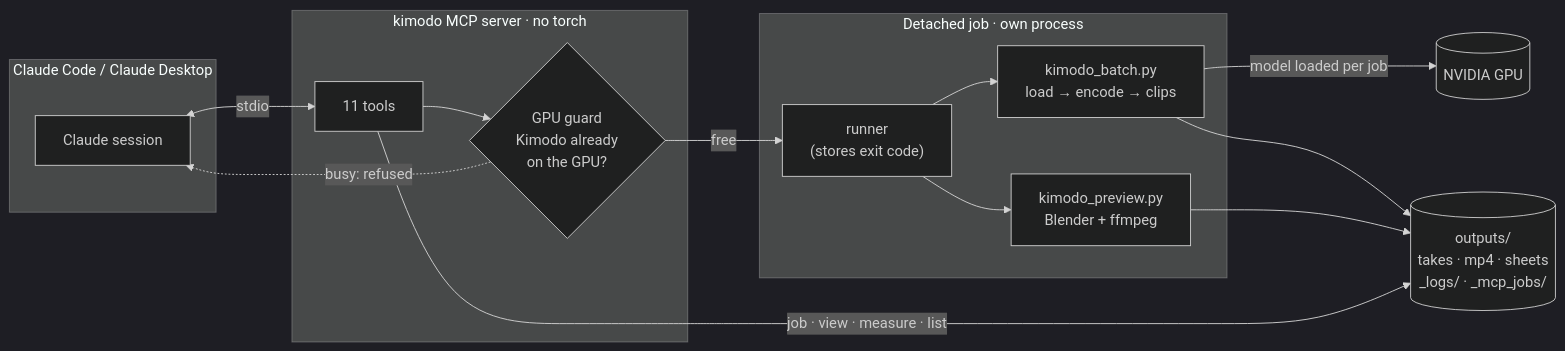
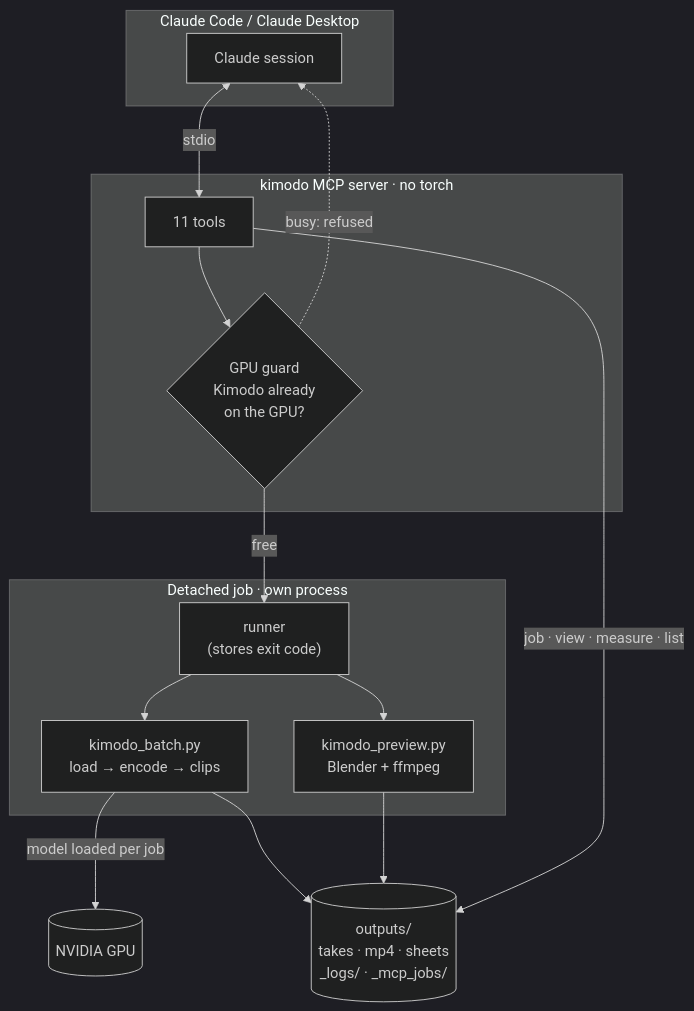
The first of 3 diagrams in README.md (alivnal/kimodo-mcp), drawn with Mermaid (dark theme) before and after one commit.

Commit message:
README: architecture diagram top to bottom, readable at README width

````diff
--- a/README.md
+++ b/README.md
@@ -57,27 +57,27 @@
 ```mermaid
-flowchart LR
+flowchart TB
     subgraph host["Claude Code / Claude Desktop"]
         A["Claude session"]
     end
     subgraph server["kimodo MCP server · no torch"]
         T["11 tools"]
         G{"GPU guard<br/>Kimodo already<br/>on the GPU?"}
     end
     subgraph jobs["Detached job · own process"]
         R["runner<br/>(stores exit code)"]
         B["kimodo_batch.py<br/>load → encode → clips"]
         P["kimodo_preview.py<br/>Blender + ffmpeg"]
     end
     GPU[("NVIDIA GPU")]
     FS[("outputs/<br/>takes · mp4 · sheets<br/>_logs/ · _mcp_jobs/")]
 
     A <-->|stdio| T
     T --> G
     G -->|"free"| R
     G -.->|"busy: refused"| A
     R --> B & P
     B -->|"model loaded per job"| GPU
     B --> FS
     P --> FS
     T -->|"job · view · measure · list"| FS
 ```
````
